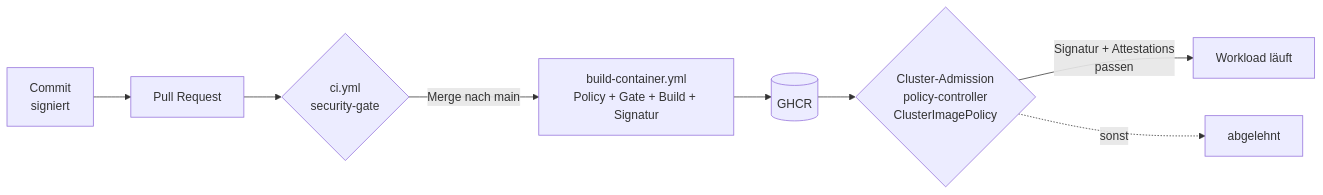
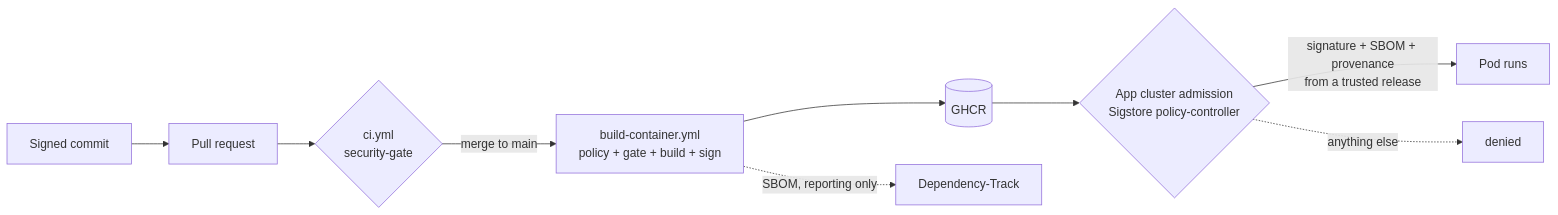
One commit to Pascal-Organisation/security-pipeline changed the diagram in README.md. Above: the diagram before and after it, drawn with Mermaid. The commit also changed other lines of this file and 4 other files, not shown here.

````diff
--- a/README.md
+++ b/README.md
@@ -19,10 +24,11 @@
 ```mermaid
 flowchart LR
-  dev[Commit<br/>signiert] --> pr[Pull Request]
+  dev[Signed commit] --> pr[Pull request]
   pr --> ci{ci.yml<br/>security-gate}
-  ci -->|Merge nach main| rel[build-container.yml<br/>Policy + Gate + Build + Signatur]
+  ci -->|merge to main| rel[build-container.yml<br/>policy + gate + build + sign]
   rel --> reg[(GHCR)]
-  reg --> adm{Cluster-Admission<br/>policy-controller<br/>ClusterImagePolicy}
-  adm -->|Signatur + Attestations<br/>passen| k8s[Workload läuft]
-  adm -.->|sonst| deny[abgelehnt]
+  rel -.->|SBOM, reporting only| dt[Dependency-Track]
+  reg --> adm{App cluster admission<br/>Sigstore policy-controller}
+  adm -->|signature + SBOM + provenance<br/>from a trusted release| run[Pod runs]
+  adm -.->|anything else| deny[denied]
 ```
````
